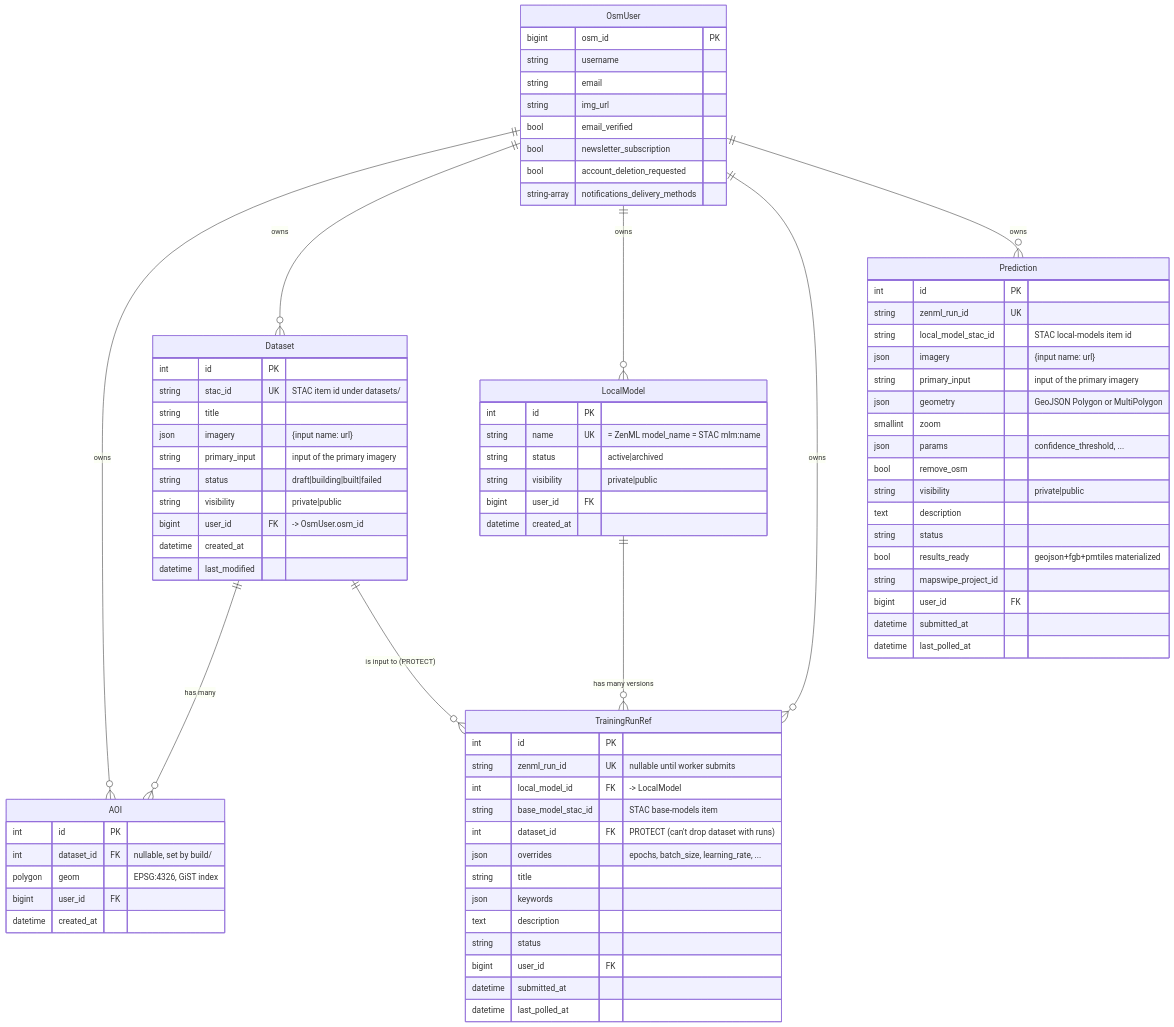
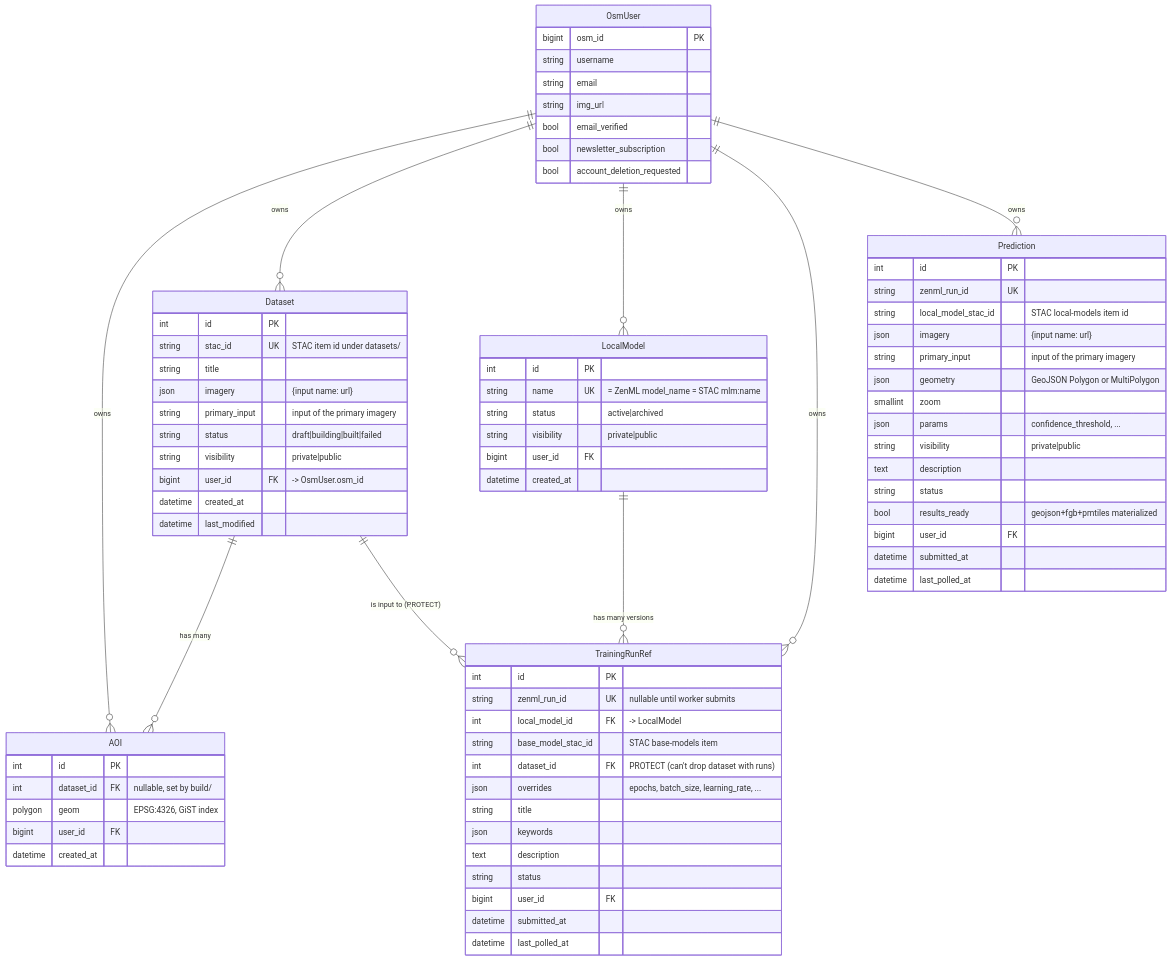
One commit to hotosm/fAIr changed the second of 2 diagrams in backend/ARCHITECTURE.md. Above: the diagram before and after it, drawn with Mermaid. The commit also changed other lines of this file and 139 other files, not shown here.

```diff
--- a/backend/ARCHITECTURE.md
+++ b/backend/ARCHITECTURE.md
@@ -61,7 +61,6 @@
         bool email_verified
         bool newsletter_subscription
         bool account_deletion_requested
-        string-array notifications_delivery_methods
     }
 
     Dataset {
@@ -119,12 +118,10 @@
         json geometry "GeoJSON Polygon or MultiPolygon"
         smallint zoom
         json params "confidence_threshold, ..."
-        bool remove_osm
         string visibility "private|public"
         text description
         string status
         bool results_ready "geojson+fgb+pmtiles materialized"
-        string mapswipe_project_id
         bigint user_id FK
         datetime submitted_at
         datetime last_polled_at
```
